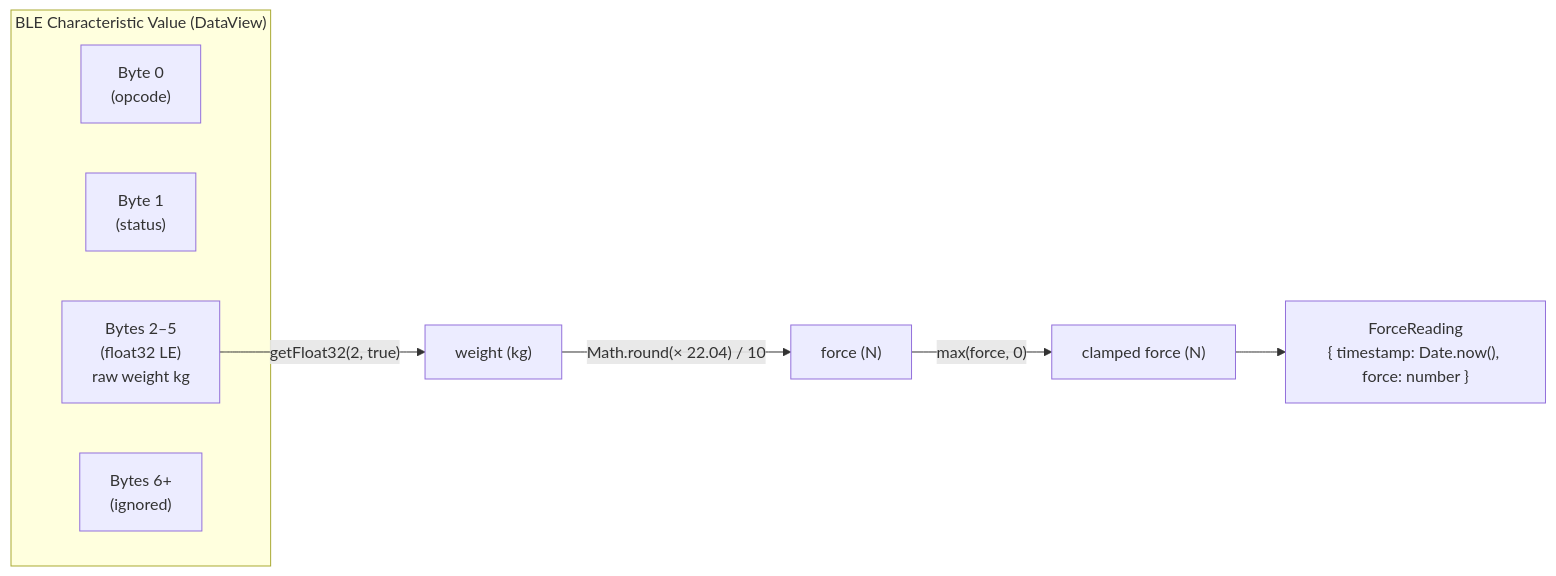
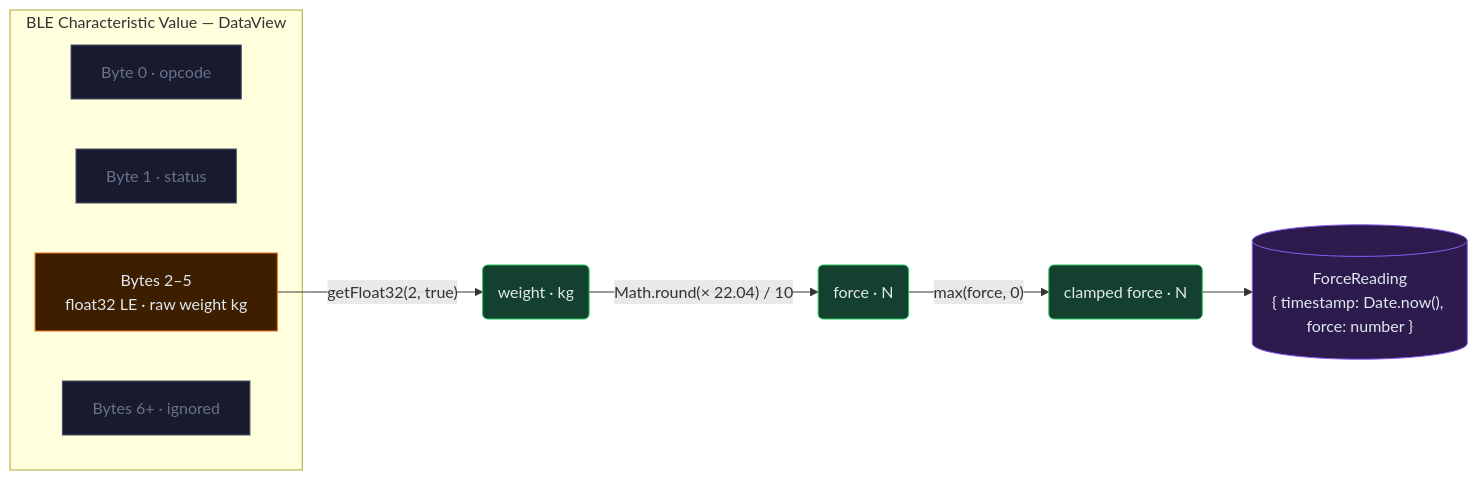
Before and after one commit to DerekLieww/Force-Recorder: the sixth of 23 diagrams in ARCHITECTURE.md, drawn with Mermaid. The commit also changed other lines of this file and 9 other files, not shown here.

````diff
--- a/ARCHITECTURE.md
+++ b/ARCHITECTURE.md
@@ -347,14 +381,24 @@
 ```mermaid
 graph LR
-    subgraph BLEPacket["BLE Characteristic Value (DataView)"]
-        B0["Byte 0<br/>(opcode)"]
-        B1["Byte 1<br/>(status)"]
-        B2_5["Bytes 2–5<br/>(float32 LE)<br/>raw weight kg"]
-        B6_end["Bytes 6+<br/>(ignored)"]
+    subgraph BLEPacket["BLE Characteristic Value — DataView"]
+        B0["Byte 0 · opcode"]
+        B1["Byte 1 · status"]
+        B2_5["Bytes 2–5<br/>float32 LE · raw weight kg"]
+        B6_end["Bytes 6+ · ignored"]
     end
 
-    B2_5 -->|"getFloat32(2, true)"| Weight["weight (kg)"]
-    Weight -->|"Math.round(× 22.04) / 10"| Newtons["force (N)"]
-    Newtons -->|"max(force, 0)"| Clamped["clamped force (N)"]
-    Clamped --> ForceReading["ForceReading<br/>{ timestamp: Date.now(), force: number }"]
+    B2_5 -->|"getFloat32(2, true)"| Weight("weight · kg")
+    Weight -->|"Math.round(× 22.04) / 10"| Newtons("force · N")
+    Newtons -->|"max(force, 0)"| Clamped("clamped force · N")
+    Clamped --> ForceReading[("ForceReading<br/>{ timestamp: Date.now(), force: number }")]
+
+    classDef ignored fill:#1a1a2e,stroke:#475569,color:#64748b
+    classDef raw fill:#3d1f00,stroke:#f97316,color:#e2e8f0
+    classDef processed fill:#14402f,stroke:#22c55e,color:#e2e8f0
+    classDef output fill:#2d1b4e,stroke:#8b5cf6,color:#e2e8f0
+
+    class B0,B1,B6_end ignored
+    class B2_5 raw
+    class Weight,Newtons,Clamped processed
+    class ForceReading output
 ```
````
